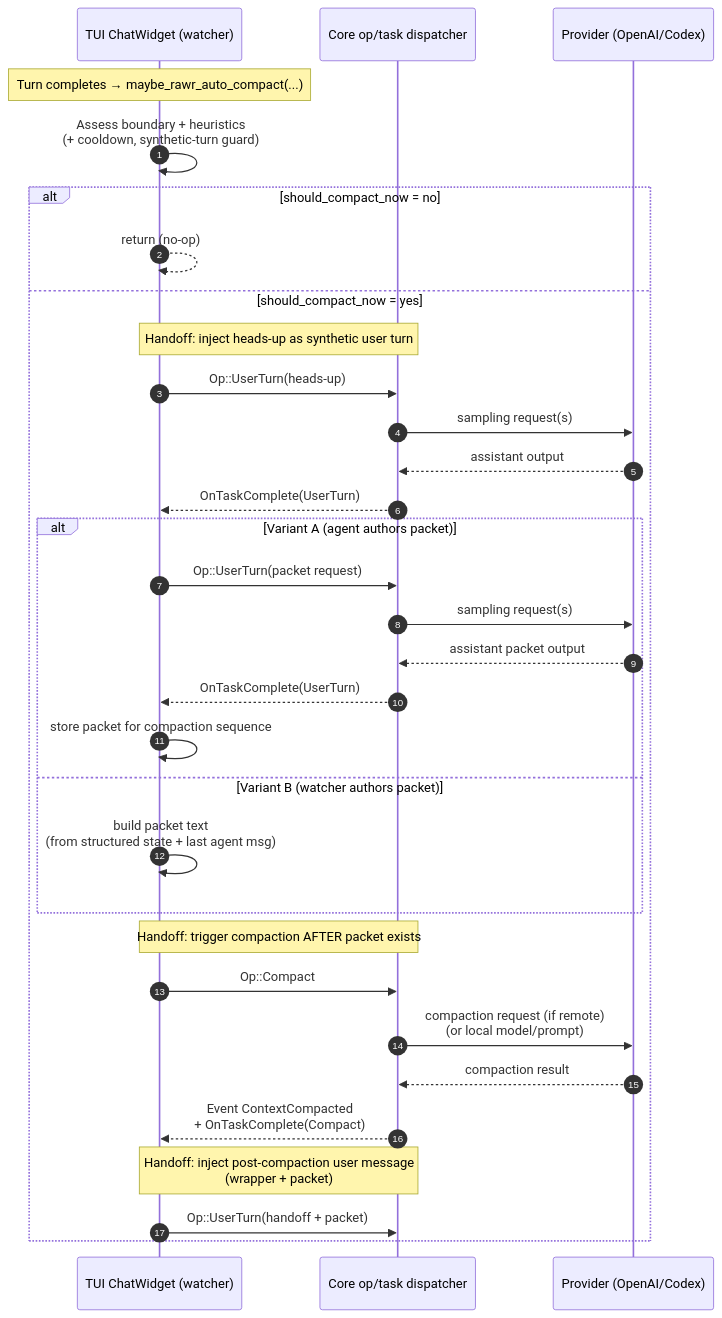
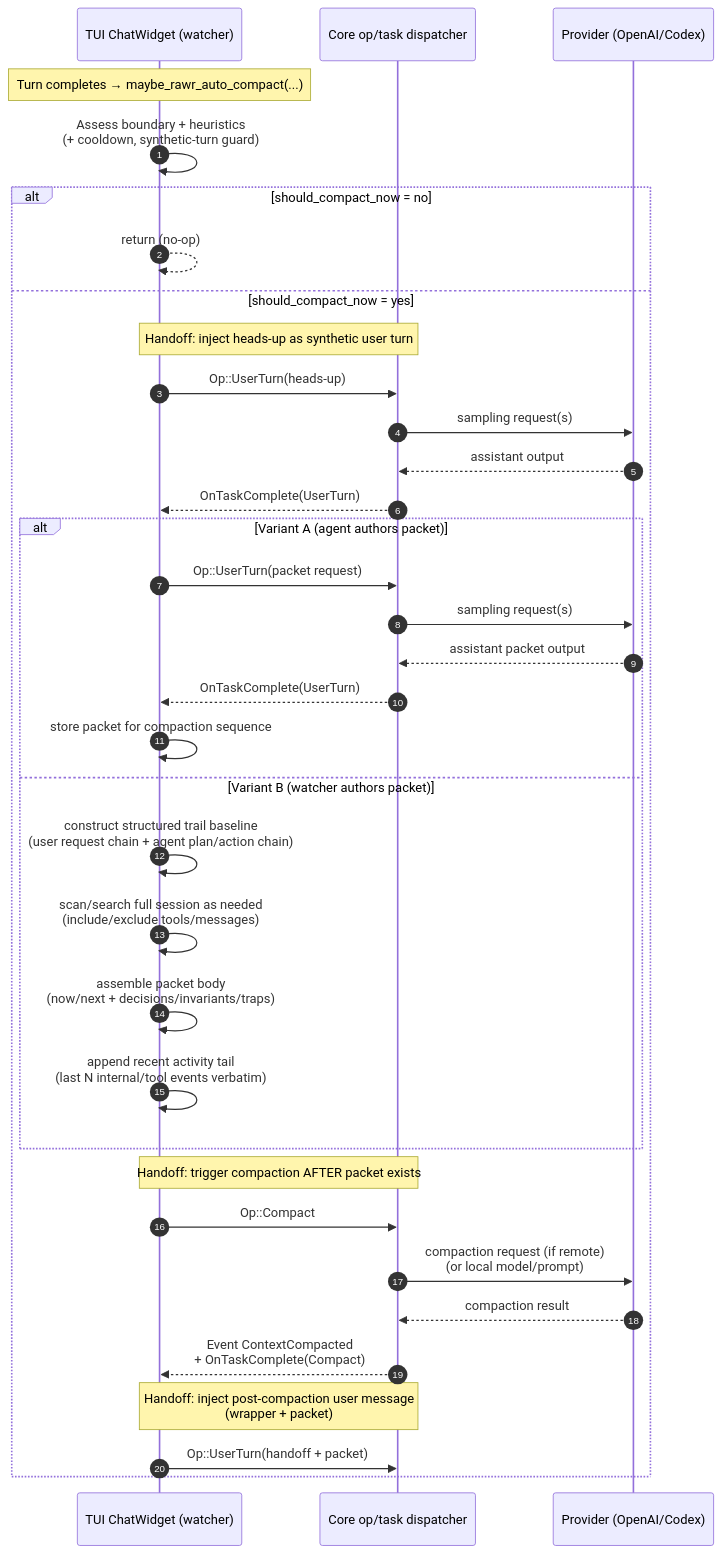
The third of 3 diagrams in rawr/issues/SPEC-rawr-auto-compaction-golden-path-ux.md (rawr-ai/codex), drawn with Mermaid before and after one commit. The commit also changed other lines of this file, not shown here.

Commit message:
docs(rawr): expand Variant B packet assembly requirements

````diff
--- a/rawr/issues/SPEC-rawr-auto-compaction-golden-path-ux.md
+++ b/rawr/issues/SPEC-rawr-auto-compaction-golden-path-ux.md
@@ -261,39 +306,42 @@
 ```mermaid
 sequenceDiagram
   autonumber
   participant UI as TUI ChatWidget (watcher)
   participant Core as Core op/task dispatcher
   participant Prov as Provider (OpenAI/Codex)
 
   Note over UI: Turn completes → maybe_rawr_auto_compact(...)
   UI->>UI: Assess boundary + heuristics<br/>(+ cooldown, synthetic-turn guard)
 
   alt should_compact_now = no
     UI-->>UI: return (no-op)
   else should_compact_now = yes
     Note over UI,Core: Handoff: inject heads-up as synthetic user turn
     UI->>Core: Op::UserTurn(heads-up)
     Core->>Prov: sampling request(s)
     Prov-->>Core: assistant output
     Core-->>UI: OnTaskComplete(UserTurn)
 
     alt Variant A (agent authors packet)
       UI->>Core: Op::UserTurn(packet request)
       Core->>Prov: sampling request(s)
       Prov-->>Core: assistant packet output
       Core-->>UI: OnTaskComplete(UserTurn)
       UI->>UI: store packet for compaction sequence
     else Variant B (watcher authors packet)
-      UI->>UI: build packet text<br/>(from structured state + last agent msg)
+      UI->>UI: construct structured trail baseline<br/>(user request chain + agent plan/action chain)
+      UI->>UI: scan/search full session as needed<br/>(include/exclude tools/messages)
+      UI->>UI: assemble packet body<br/>(now/next + decisions/invariants/traps)
+      UI->>UI: append recent activity tail<br/>(last N internal/tool events verbatim)
     end
 
     Note over UI,Core: Handoff: trigger compaction AFTER packet exists
     UI->>Core: Op::Compact
     Core->>Prov: compaction request (if remote)<br/>(or local model/prompt)
     Prov-->>Core: compaction result
     Core-->>UI: Event ContextCompacted<br/>+ OnTaskComplete(Compact)
 
     Note over UI,Core: Handoff: inject post-compaction user message<br/>(wrapper + packet)
     UI->>Core: Op::UserTurn(handoff + packet)
   end
 ```
````
